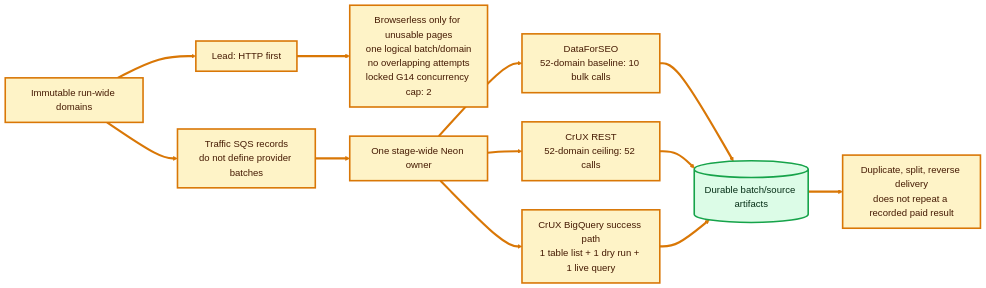
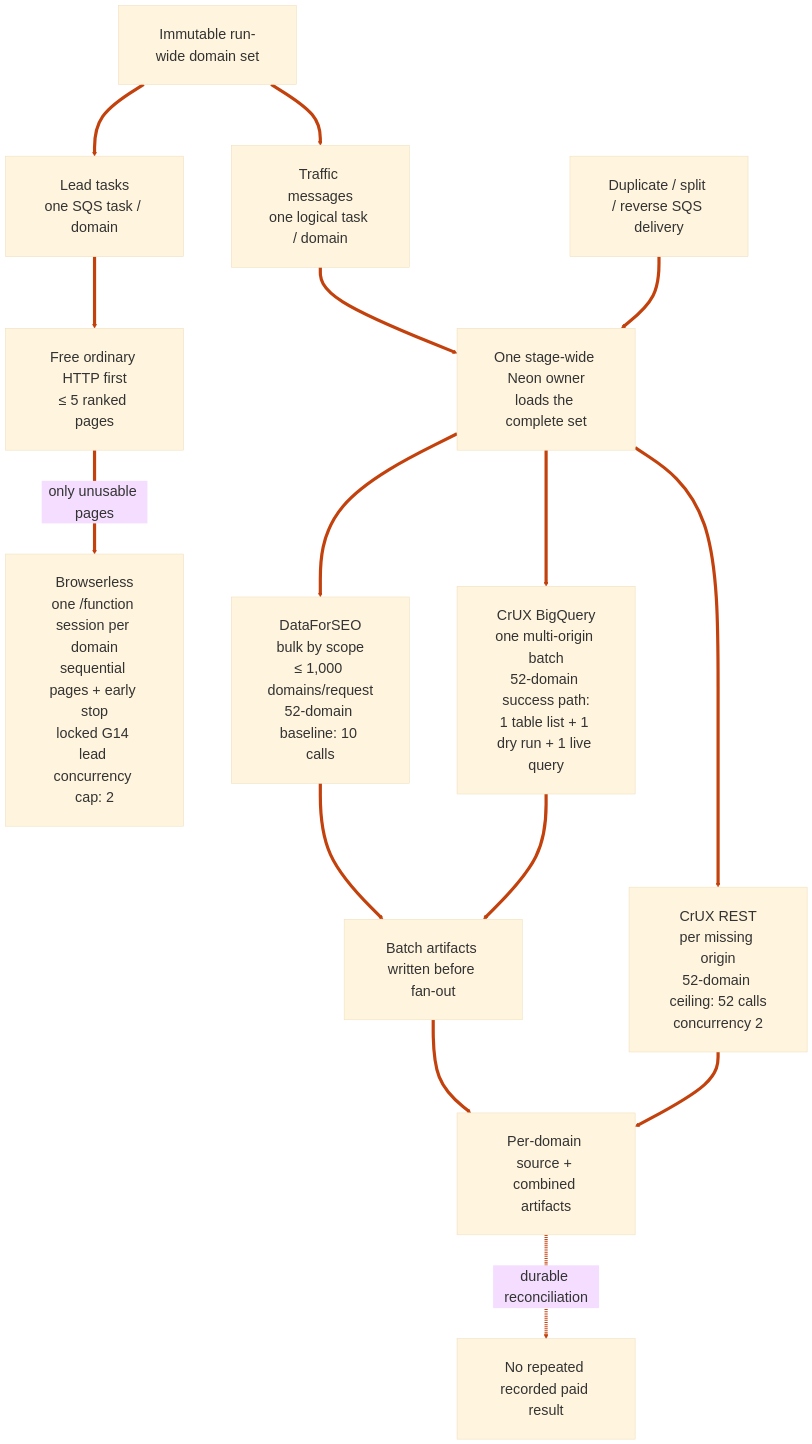
One commit to haritchowdhury/ShopSniper changed the third of 4 diagrams in IMPLEMENTED_AWS_PIPELINE_ARCHITECTURE.md. Above: the diagram before and after it, drawn with Mermaid. The commit also changed other lines of this file, not shown here.

Commit message:
implemented flow

````diff
--- a/IMPLEMENTED_AWS_PIPELINE_ARCHITECTURE.md
+++ b/IMPLEMENTED_AWS_PIPELINE_ARCHITECTURE.md
@@ -294,25 +225,24 @@
 ```mermaid
-%%{init: {"theme":"base","themeVariables":{"fontFamily":"Inter, Arial, sans-serif","fontSize":"18px"},"flowchart":{"curve":"basis","nodeSpacing":55,"rankSpacing":65,"htmlLabels":true}}}%%
-flowchart LR
-    A["Immutable run-wide domains"]
+%%{init: {"theme":"base","themeVariables":{"fontFamily":"Arial, sans-serif","fontSize":"27px","lineColor":"#c2410c"},"flowchart":{"curve":"basis","nodeSpacing":90,"rankSpacing":115,"diagramPadding":50,"padding":34,"htmlLabels":true,"useMaxWidth":false}}}%%
+flowchart TB
+    DOMAINS["Immutable run-wide domain set"]
 
-    A --> B["Lead: HTTP first"]
-    B --> C["Browserless only for unusable pages<br/>one logical batch/domain<br/>no overlapping attempts<br/>locked G14 concurrency cap: 2"]
+    DOMAINS --> LEADS["Lead tasks<br/>one SQS task / domain"]
+    LEADS --> HTTP2["Free ordinary HTTP first<br/>≤ 5 ranked pages"]
+    HTTP2 -->|"only unusable pages"| BL2["Browserless<br/>one /function session per domain<br/>sequential pages + early stop<br/>locked G14 lead concurrency cap: 2"]
 
-    A --> D["Traffic SQS records<br/>do not define provider batches"]
-    D --> E["One stage-wide Neon owner"]
-    E --> F["DataForSEO<br/>52-domain baseline: 10 bulk calls"]
-    E --> G["CrUX REST<br/>52-domain ceiling: 52 calls"]
-    E --> H["CrUX BigQuery success path<br/>1 table list + 1 dry run + 1 live query"]
+    DOMAINS --> TRIGGERS["Traffic messages<br/>one logical task / domain"]
+    TRIGGERS --> OWNER2["One stage-wide Neon owner<br/>loads the complete set"]
+    OWNER2 --> DFS2["DataForSEO<br/>bulk by scope<br/>≤ 1,000 domains/request<br/>52-domain baseline: 10 calls"]
+    OWNER2 --> REST2["CrUX REST<br/>per missing origin<br/>52-domain ceiling: 52 calls<br/>concurrency 2"]
+    OWNER2 --> BQ2["CrUX BigQuery<br/>one multi-origin batch<br/>52-domain success path:<br/>1 table list + 1 dry run + 1 live query"]
 
-    F --> I[("Durable batch/source artifacts")]
-    G --> I
-    H --> I
-    I --> J["Duplicate, split, reverse delivery<br/>does not repeat a recorded paid result"]
+    DFS2 --> BATCH["Batch artifacts written before fan-out"]
+    BQ2 --> BATCH
+    BATCH --> PER_DOMAIN["Per-domain source + combined artifacts"]
+    REST2 --> PER_DOMAIN
 
-    classDef cost fill:#fef3c7,stroke:#d97706,stroke-width:3px,color:#451a03;
-    classDef durable fill:#dcfce7,stroke:#16a34a,stroke-width:3px,color:#052e16;
-    class A,B,C,D,E,F,G,H,J cost;
-    class I durable;
-    linkStyle default stroke:#d97706,stroke-width:4px;
+    RETRY["Duplicate / split / reverse SQS delivery"] --> OWNER2
+    PER_DOMAIN -. "durable reconciliation" .-> NOCALL["No repeated recorded paid result"]
+    linkStyle default stroke:#c2410c,stroke-width:6px;
 ```
````
